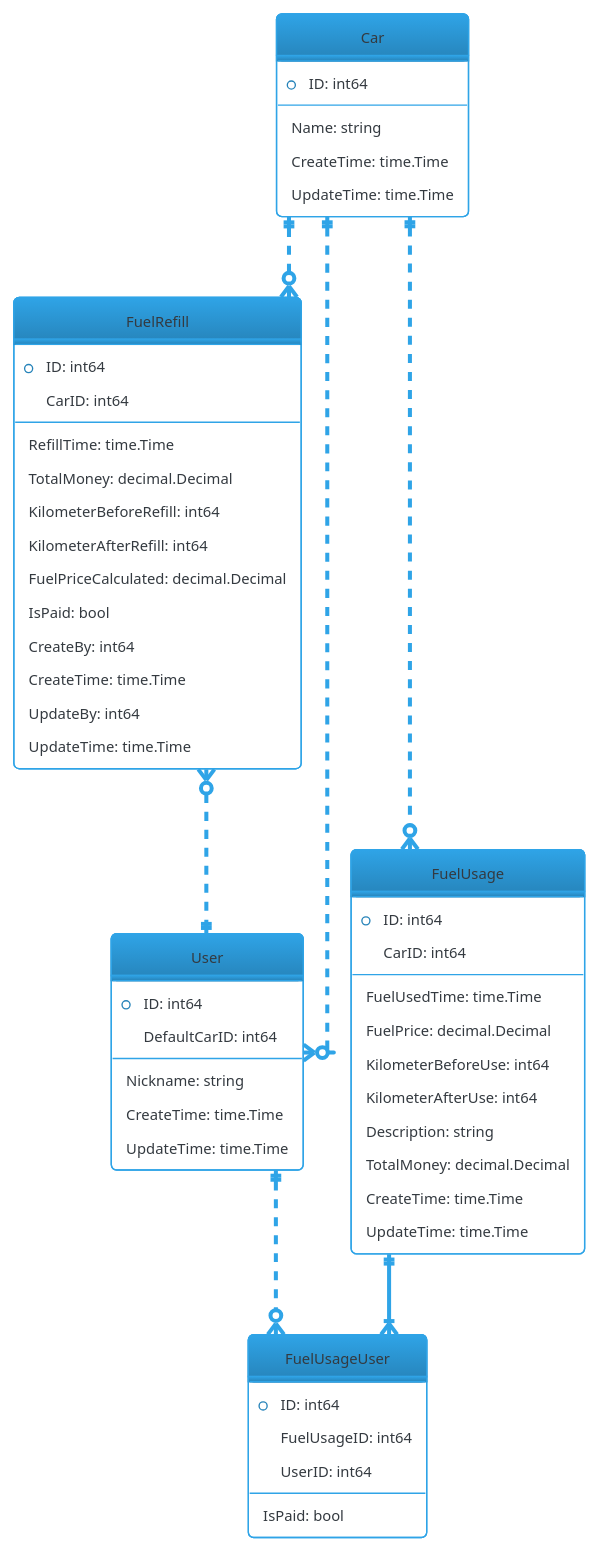
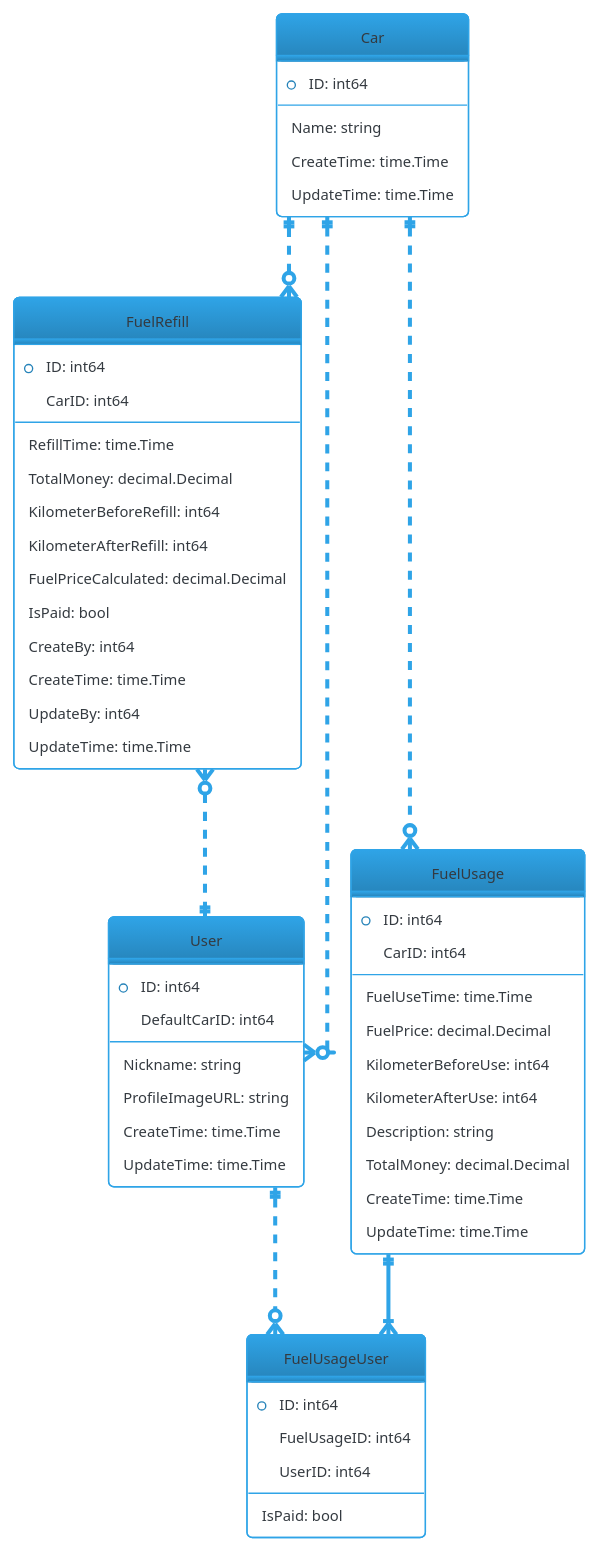
One commit to bosskrub9992/fuel-management-backend changed the diagram in document/er_diagram.puml. Above: the diagram before and after it, drawn with PlantUML. The commit also changed 1 other file, not shown here.

Commit message:
update er_diagram

```diff
--- a/document/er_diagram.puml
+++ b/document/er_diagram.puml
@@ -1,72 +1,73 @@
 @startuml fuel-management
 !theme cerulean-outline
 
 ' hide the spot
 hide circle
 
 ' avoid problems with angled crows feet
 skinparam linetype ortho
 
 entity FuelRefill {
     +ID: int64
     CarID: int64
     --
     RefillTime: time.Time
     TotalMoney: decimal.Decimal
     KilometerBeforeRefill: int64
     KilometerAfterRefill: int64
     FuelPriceCalculated: decimal.Decimal
     IsPaid: bool
     CreateBy: int64
     CreateTime: time.Time
     UpdateBy: int64
     UpdateTime: time.Time
 }
 
 entity FuelUsageUser {
     +ID: int64
     FuelUsageID: int64
     UserID: int64
     --
     IsPaid: bool
 }
 
 entity FuelUsage {
     +ID: int64
     CarID: int64
     --
-    FuelUsedTime: time.Time
+    FuelUseTime: time.Time
     FuelPrice: decimal.Decimal
     KilometerBeforeUse: int64
     KilometerAfterUse: int64
     Description: string
     TotalMoney: decimal.Decimal
     CreateTime: time.Time
     UpdateTime: time.Time
 }
 
 entity User {
     +ID: int64
     DefaultCarID: int64
     --
     Nickname: string
+    ProfileImageURL: string
     CreateTime: time.Time
     UpdateTime: time.Time
 }
 
 entity Car {
     +ID: int64
     --
     Name: string
     CreateTime: time.Time
     UpdateTime: time.Time
 }
 
 FuelUsage ||--|{ FuelUsageUser
 User ||..o{ FuelUsageUser
 FuelRefill }o..|| User
 Car ||..o{ FuelUsage
 Car ||..o{ FuelRefill
 Car ||..o{ User 
 
 @enduml
```
